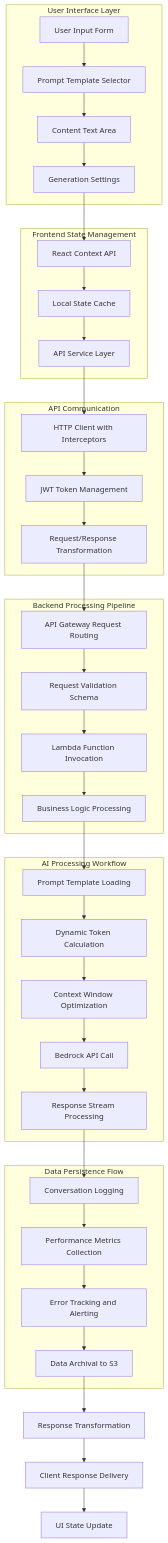
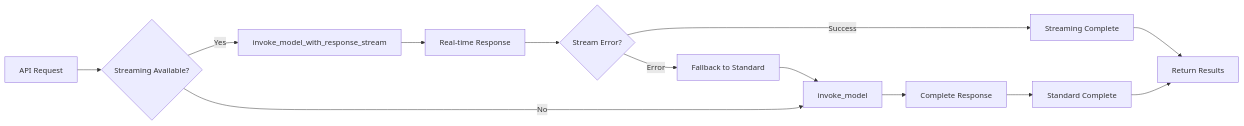
One commit to sedaily/sedaily-ainexus-title-ver1 changed the ninth of 10 diagrams in README.md. Above: the diagram before and after it, drawn with Mermaid. The commit also changed other lines of this file, not shown here.

````diff
--- a/README.md
+++ b/README.md
@@ -274,46 +449,18 @@
 ```mermaid
-graph TD
-    subgraph "User Interface Layer"
-        A[User Input Form] --> B[Prompt Template Selector]
-        B --> C[Content Text Area]
-        C --> D[Generation Settings]
-    end
+graph LR
+    A[API Request] --> B{Streaming Available?}
+    B -->|Yes| C[invoke_model_with_response_stream]
+    B -->|No| D[invoke_model]
 
-    subgraph "Frontend State Management"
-        D --> E[React Context API]
-        E --> F[Local State Cache]
-        F --> G[API Service Layer]
-    end
+    C --> E[Real-time Response]
+    D --> F[Complete Response]
 
-    subgraph "API Communication"
-        G --> H[HTTP Client with Interceptors]
-        H --> I[JWT Token Management]
-        I --> J[Request/Response Transformation]
-    end
+    E --> G{Stream Error?}
+    G -->|Success| H[Streaming Complete]
+    G -->|Error| I[Fallback to Standard]
+    I --> D
 
-    subgraph "Backend Processing Pipeline"
-        J --> K[API Gateway Request Routing]
-        K --> L[Request Validation Schema]
-        L --> M[Lambda Function Invocation]
-        M --> N[Business Logic Processing]
-    end
-
-    subgraph "AI Processing Workflow"
-        N --> O[Prompt Template Loading]
-        O --> P[Dynamic Token Calculation]
-        P --> Q[Context Window Optimization]
-        Q --> R[Bedrock API Call]
-        R --> S[Response Stream Processing]
-    end
-
-    subgraph "Data Persistence Flow"
-        S --> T[Conversation Logging]
-        T --> U[Performance Metrics Collection]
-        U --> V[Error Tracking and Alerting]
-        V --> W[Data Archival to S3]
-    end
-
-    W --> X[Response Transformation]
-    X --> Y[Client Response Delivery]
-    Y --> Z[UI State Update]
+    F --> J[Standard Complete]
+    H --> K[Return Results]
+    J --> K
 ```
````
